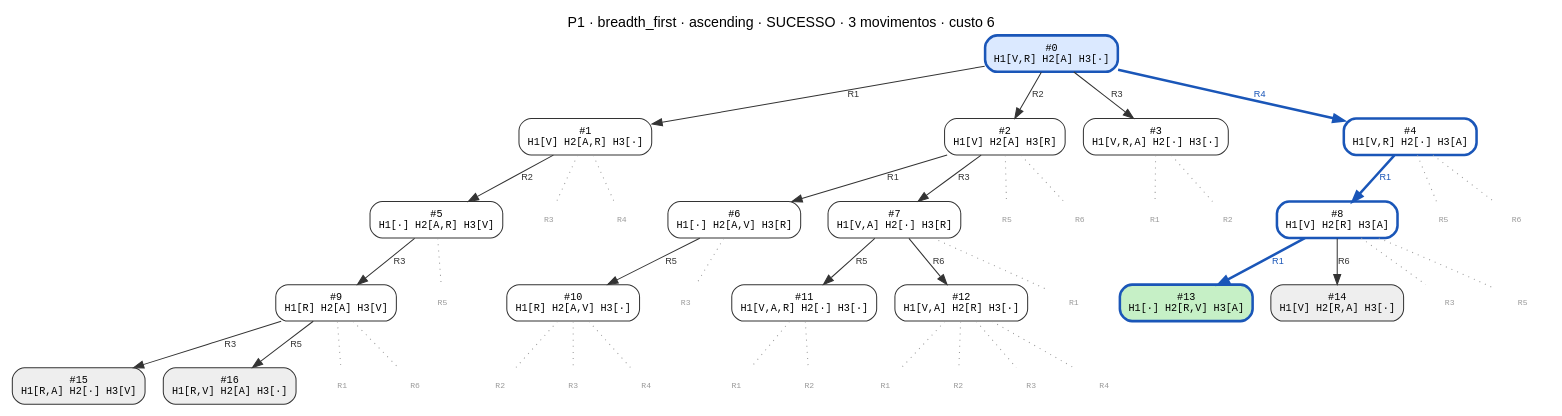
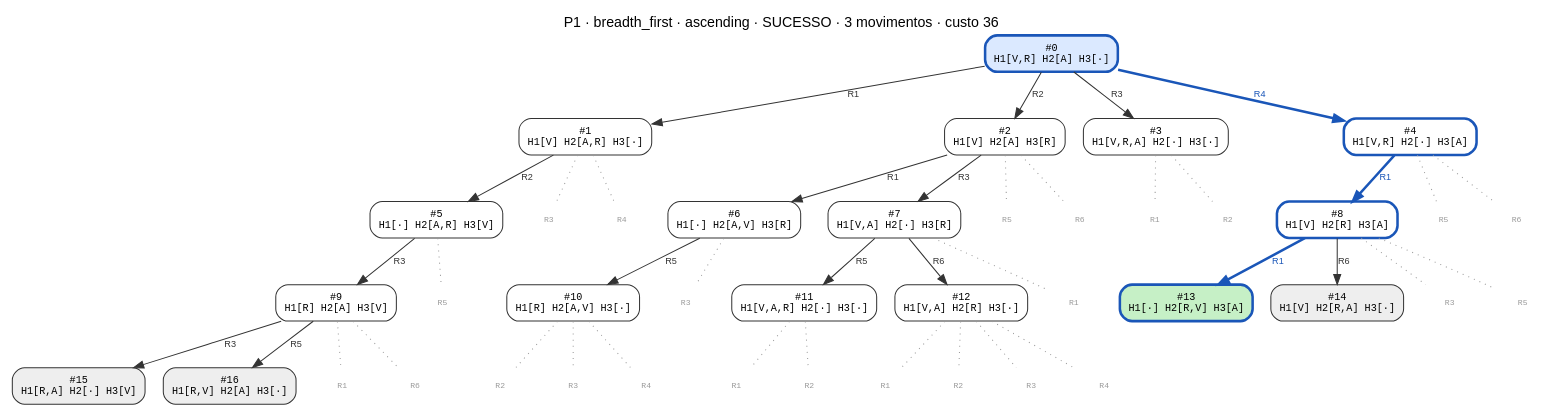
Before and after one commit to CharlesLB/dcc-014-trabalho-1: the diagram in data/P1/breadth_first_ascending.dot, drawn with Graphviz. The commit also changed 17 other files, not shown here.

Commit message:
Regenerate the search-tree graphs with the ten-per-move cost

```diff
--- a/data/P1/breadth_first_ascending.dot
+++ b/data/P1/breadth_first_ascending.dot
@@ -1,86 +1,86 @@
 digraph search {
-  label="P1 · breadth_first · ascending · SUCESSO · 3 movimentos · custo 6"; labelloc=t; fontname="Helvetica";
+  label="P1 · breadth_first · ascending · SUCESSO · 3 movimentos · custo 36"; labelloc=t; fontname="Helvetica";
   node [shape=box, style="rounded,filled", fontname="monospace", fontsize=10];
   edge [fontname="Helvetica", fontsize=9];
   n0 [label="#0\nH1[V,R] H2[A] H3[·]", fillcolor="#dbe9ff", color="#1a56b8", penwidth=2.5];
   n1 [label="#1\nH1[V] H2[A,R] H3[·]", fillcolor="#ffffff", color="#333333", penwidth=1];
   n0 -> n1 [label="R1", color="#333333", fontcolor="#333333", penwidth=1];
   n2 [label="#2\nH1[V] H2[A] H3[R]", fillcolor="#ffffff", color="#333333", penwidth=1];
   n0 -> n2 [label="R2", color="#333333", fontcolor="#333333", penwidth=1];
   n3 [label="#3\nH1[V,R,A] H2[·] H3[·]", fillcolor="#ffffff", color="#333333", penwidth=1];
   n0 -> n3 [label="R3", color="#333333", fontcolor="#333333", penwidth=1];
   n4 [label="#4\nH1[V,R] H2[·] H3[A]", fillcolor="#ffffff", color="#1a56b8", penwidth=2.5];
   n0 -> n4 [label="R4", color="#1a56b8", fontcolor="#1a56b8", penwidth=2.5];
   n5 [label="#5\nH1[·] H2[A,R] H3[V]", fillcolor="#ffffff", color="#333333", penwidth=1];
   n1 -> n5 [label="R2", color="#333333", fontcolor="#333333", penwidth=1];
   n6 [label="#6\nH1[·] H2[A,V] H3[R]", fillcolor="#ffffff", color="#333333", penwidth=1];
   n2 -> n6 [label="R1", color="#333333", fontcolor="#333333", penwidth=1];
   n7 [label="#7\nH1[V,A] H2[·] H3[R]", fillcolor="#ffffff", color="#333333", penwidth=1];
   n2 -> n7 [label="R3", color="#333333", fontcolor="#333333", penwidth=1];
   n8 [label="#8\nH1[V] H2[R] H3[A]", fillcolor="#ffffff", color="#1a56b8", penwidth=2.5];
   n4 -> n8 [label="R1", color="#1a56b8", fontcolor="#1a56b8", penwidth=2.5];
   n9 [label="#9\nH1[R] H2[A] H3[V]", fillcolor="#ffffff", color="#333333", penwidth=1];
   n5 -> n9 [label="R3", color="#333333", fontcolor="#333333", penwidth=1];
   n10 [label="#10\nH1[R] H2[A,V] H3[·]", fillcolor="#ffffff", color="#333333", penwidth=1];
   n6 -> n10 [label="R5", color="#333333", fontcolor="#333333", penwidth=1];
   n11 [label="#11\nH1[V,A,R] H2[·] H3[·]", fillcolor="#ffffff", color="#333333", penwidth=1];
   n7 -> n11 [label="R5", color="#333333", fontcolor="#333333", penwidth=1];
   n12 [label="#12\nH1[V,A] H2[R] H3[·]", fillcolor="#ffffff", color="#333333", penwidth=1];
   n7 -> n12 [label="R6", color="#333333", fontcolor="#333333", penwidth=1];
   n13 [label="#13\nH1[·] H2[R,V] H3[A]", fillcolor="#c6f0c6", color="#1a56b8", penwidth=2.5];
   n8 -> n13 [label="R1", color="#1a56b8", fontcolor="#1a56b8", penwidth=2.5];
   n14 [label="#14\nH1[V] H2[R,A] H3[·]", fillcolor="#eeeeee", color="#333333", penwidth=1];
   n8 -> n14 [label="R6", color="#333333", fontcolor="#333333", penwidth=1];
   n15 [label="#15\nH1[R,A] H2[·] H3[V]", fillcolor="#eeeeee", color="#333333", penwidth=1];
   n9 -> n15 [label="R3", color="#333333", fontcolor="#333333", penwidth=1];
   n16 [label="#16\nH1[R,V] H2[A] H3[·]", fillcolor="#eeeeee", color="#333333", penwidth=1];
   n9 -> n16 [label="R5", color="#333333", fontcolor="#333333", penwidth=1];
   p1_R3 [label="R3", shape=plaintext, style=solid, fontcolor="#999999", fontsize=8];
   n1 -> p1_R3 [style=dotted, color="#999999", arrowhead=none];
   p1_R4 [label="R4", shape=plaintext, style=solid, fontcolor="#999999", fontsize=8];
   n1 -> p1_R4 [style=dotted, color="#999999", arrowhead=none];
   p2_R5 [label="R5", shape=plaintext, style=solid, fontcolor="#999999", fontsize=8];
   n2 -> p2_R5 [style=dotted, color="#999999", arrowhead=none];
   p2_R6 [label="R6", shape=plaintext, style=solid, fontcolor="#999999", fontsize=8];
   n2 -> p2_R6 [style=dotted, color="#999999", arrowhead=none];
   p3_R1 [label="R1", shape=plaintext, style=solid, fontcolor="#999999", fontsize=8];
   n3 -> p3_R1 [style=dotted, color="#999999", arrowhead=none];
   p3_R2 [label="R2", shape=plaintext, style=solid, fontcolor="#999999", fontsize=8];
   n3 -> p3_R2 [style=dotted, color="#999999", arrowhead=none];
   p4_R5 [label="R5", shape=plaintext, style=solid, fontcolor="#999999", fontsize=8];
   n4 -> p4_R5 [style=dotted, color="#999999", arrowhead=none];
   p4_R6 [label="R6", shape=plaintext, style=solid, fontcolor="#999999", fontsize=8];
   n4 -> p4_R6 [style=dotted, color="#999999", arrowhead=none];
   p5_R5 [label="R5", shape=plaintext, style=solid, fontcolor="#999999", fontsize=8];
   n5 -> p5_R5 [style=dotted, color="#999999", arrowhead=none];
   p6_R3 [label="R3", shape=plaintext, style=solid, fontcolor="#999999", fontsize=8];
   n6 -> p6_R3 [style=dotted, color="#999999", arrowhead=none];
   p7_R1 [label="R1", shape=plaintext, style=solid, fontcolor="#999999", fontsize=8];
   n7 -> p7_R1 [style=dotted, color="#999999", arrowhead=none];
   p8_R3 [label="R3", shape=plaintext, style=solid, fontcolor="#999999", fontsize=8];
   n8 -> p8_R3 [style=dotted, color="#999999", arrowhead=none];
   p8_R5 [label="R5", shape=plaintext, style=solid, fontcolor="#999999", fontsize=8];
   n8 -> p8_R5 [style=dotted, color="#999999", arrowhead=none];
   p9_R1 [label="R1", shape=plaintext, style=solid, fontcolor="#999999", fontsize=8];
   n9 -> p9_R1 [style=dotted, color="#999999", arrowhead=none];
   p9_R6 [label="R6", shape=plaintext, style=solid, fontcolor="#999999", fontsize=8];
   n9 -> p9_R6 [style=dotted, color="#999999", arrowhead=none];
   p10_R2 [label="R2", shape=plaintext, style=solid, fontcolor="#999999", fontsize=8];
   n10 -> p10_R2 [style=dotted, color="#999999", arrowhead=none];
   p10_R3 [label="R3", shape=plaintext, style=solid, fontcolor="#999999", fontsize=8];
   n10 -> p10_R3 [style=dotted, color="#999999", arrowhead=none];
   p10_R4 [label="R4", shape=plaintext, style=solid, fontcolor="#999999", fontsize=8];
   n10 -> p10_R4 [style=dotted, color="#999999", arrowhead=none];
   p11_R1 [label="R1", shape=plaintext, style=solid, fontcolor="#999999", fontsize=8];
   n11 -> p11_R1 [style=dotted, color="#999999", arrowhead=none];
   p11_R2 [label="R2", shape=plaintext, style=solid, fontcolor="#999999", fontsize=8];
   n11 -> p11_R2 [style=dotted, color="#999999", arrowhead=none];
   p12_R1 [label="R1", shape=plaintext, style=solid, fontcolor="#999999", fontsize=8];
   n12 -> p12_R1 [style=dotted, color="#999999", arrowhead=none];
   p12_R2 [label="R2", shape=plaintext, style=solid, fontcolor="#999999", fontsize=8];
   n12 -> p12_R2 [style=dotted, color="#999999", arrowhead=none];
   p12_R3 [label="R3", shape=plaintext, style=solid, fontcolor="#999999", fontsize=8];
   n12 -> p12_R3 [style=dotted, color="#999999", arrowhead=none];
   p12_R4 [label="R4", shape=plaintext, style=solid, fontcolor="#999999", fontsize=8];
   n12 -> p12_R4 [style=dotted, color="#999999", arrowhead=none];
 }
```
